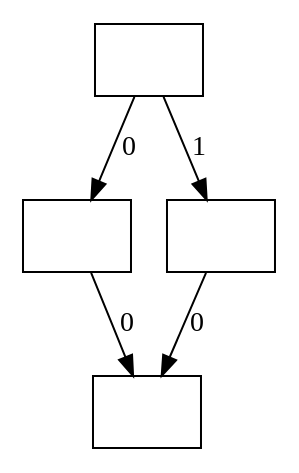
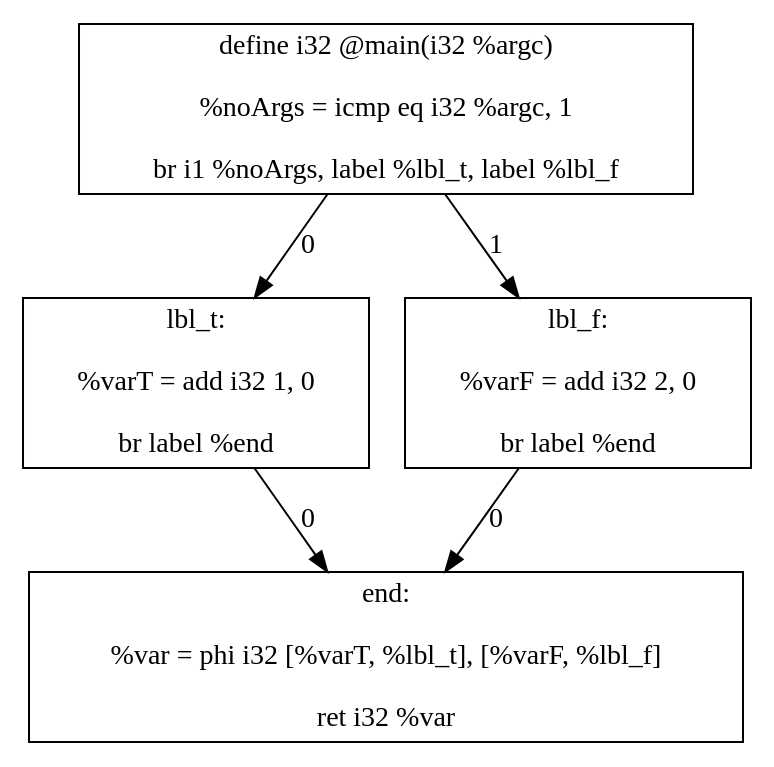
Before and after one commit to danielosw/eecs-677-project-2: the diagram in main.dot, drawn with Graphviz. The commit also changed 11 other files, not shown here.

```diff
--- a/main.dot
+++ b/main.dot
@@ -1,10 +1,10 @@
 digraph {
-		Node0 [shape=record,label=""]
-		Node1 [shape=record,label=""]
-		Node2 [shape=record,label=""]
-		Node3 [shape=record,label=""]
+		Node0 [shape=record,label="define i32 @main(i32 %argc) \n\n        %noArgs = icmp eq i32 %argc, 1\n\n        br i1 %noArgs, label %lbl_t, label %lbl_f\n"]
+		Node1 [shape=record,label="lbl_t:\n\n        %varT = add i32 1, 0\n\n        br label %end\n"]
+		Node2 [shape=record,label="lbl_f:\n\n        %varF = add i32 2, 0\n\n        br label %end\n"]
+		Node3 [shape=record,label="end:\n\n        %var = phi i32 [%varT, %lbl_t], [%varF, %lbl_f]\n\n        ret i32 %var\n"]
 		Node0 -> Node1 [label=0];
 		Node0 -> Node2 [label=1];
 		Node1 -> Node3 [label=0];
 		Node2 -> Node3 [label=0];
 }
```
